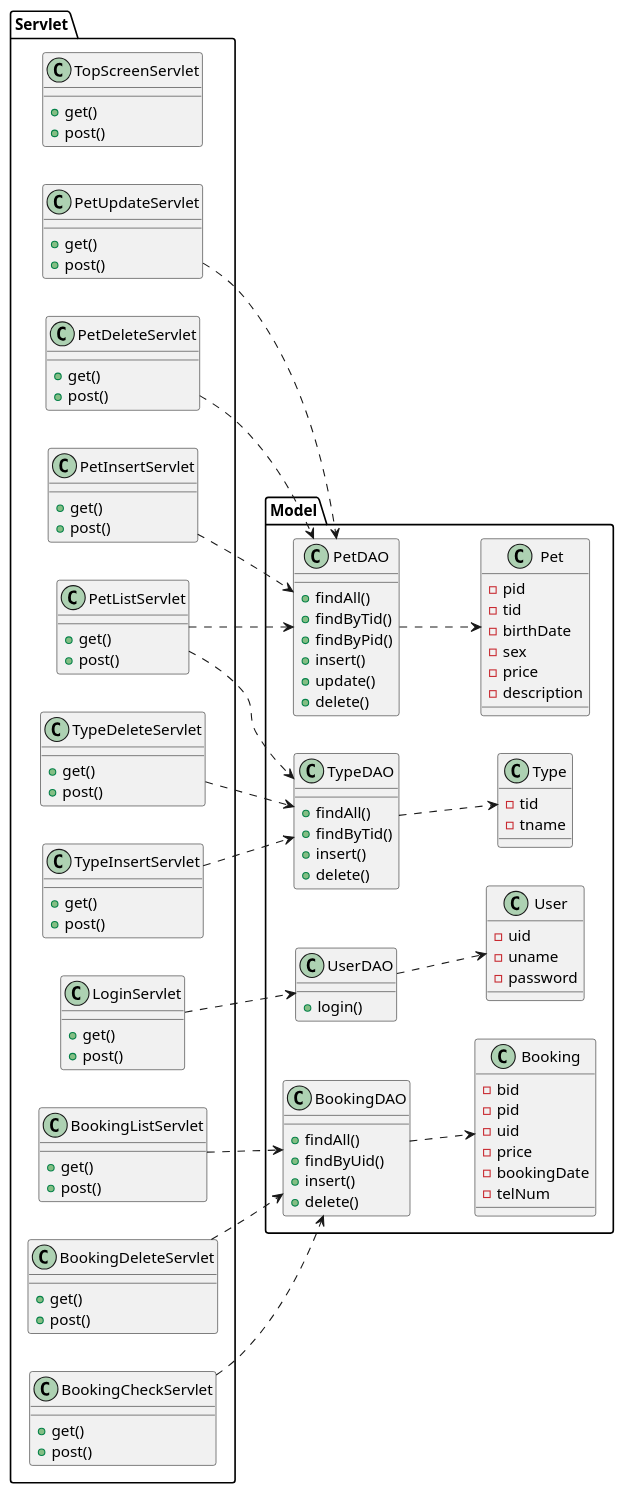
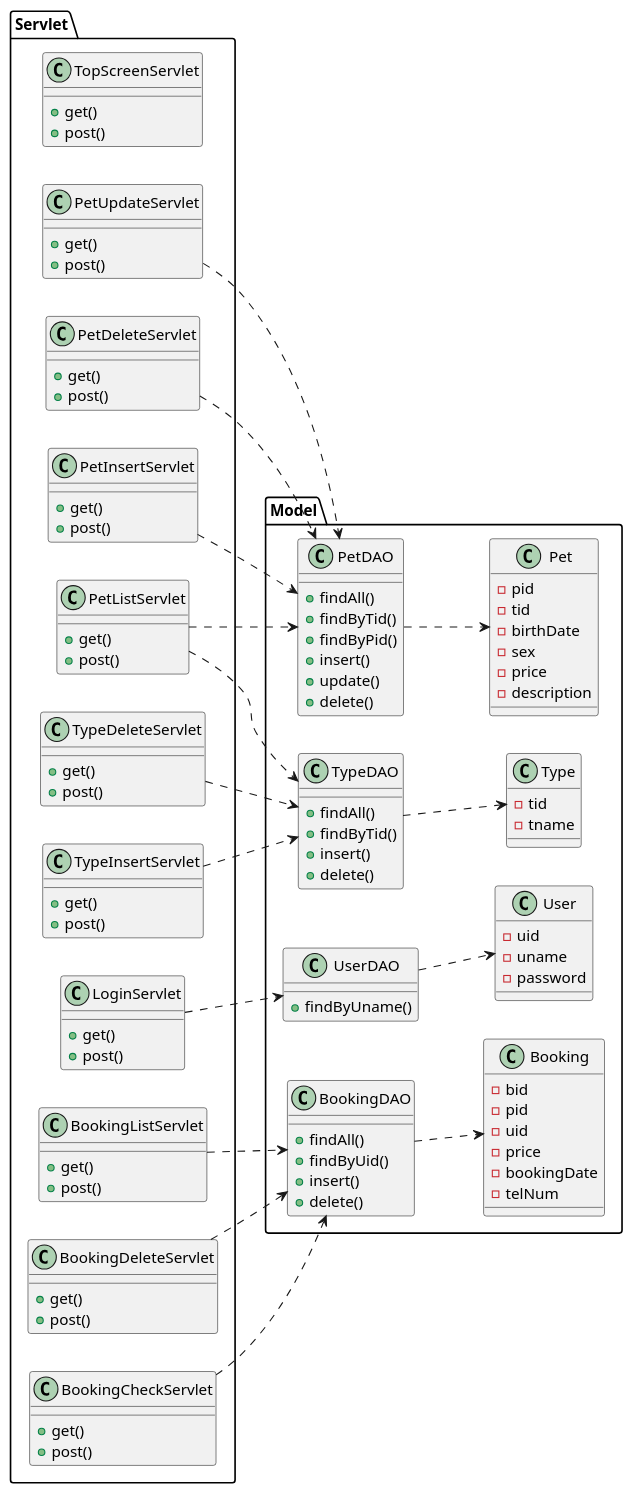
One commit to Tyamanaka07/WebSystem changed the diagram in detail.uml/class.pu. Above: the diagram before and after it, drawn with PlantUML. The commit also changed 1 other file, not shown here.

Commit message:
クラス図のUserDAO、UserDBを変更

```diff
--- a/detail.uml/class.pu
+++ b/detail.uml/class.pu
@@ -1,137 +1,137 @@
 @startuml
 left to right direction
 
 package Model{
 	class Pet{
 		-pid
 		-tid
 		-birthDate
 		-sex
 		-price
 		-description
 	}
 
 	class Type{
 		-tid
 		-tname
 	}
 
 	class User{
 		-uid
 		-uname
 		-password
 	}
 
 	class Booking{
 		-bid
 		-pid
 		-uid
 		-price
 		-bookingDate
 		-telNum
 	}
 
 	class PetDAO{
 		+findAll()
 		+findByTid()
 		+findByPid()
 		+insert()
 		+update()
 		+delete()
 	}
 
 	class TypeDAO{
 		+findAll()
 		+findByTid()
 		+insert()
 		+delete()
 	}
 
 	class UserDAO{
-		+login()
+		+findByUname()
 	}
 
 
 	class BookingDAO{
 		+findAll()
 		+findByUid()
 		+insert()
 		+delete()
 	}
 }
 
 package Servlet{
 	class TopScreenServlet{
 		+get()
 		+post()
 	}
 
 	class PetListServlet{
 		+get()
 		+post()
 	}
 
 	class LoginServlet{
 		+get()
 		+post()
 	}
 
 	class PetInsertServlet{
 		+get()
 		+post()
 	}
 
 	class PetUpdateServlet{
 		+get()
 		+post()
 	}
 
 	class PetDeleteServlet{
 		+get()
 		+post()
 	}
 
 	class TypeInsertServlet{
 		+get()
 		+post()
 	}
 
 	class TypeDeleteServlet{
 		+get()
 		+post()
 	}
 
 	class BookingCheckServlet{
 		+get()
 		+post()
 	}
 
 	class BookingListServlet{
 		+get()
 		+post()
 	}
 
 	class BookingDeleteServlet{
 		+get()
 		+post()
 	}
 }
 
 
 PetListServlet..>TypeDAO
 TypeInsertServlet..>TypeDAO
 TypeDeleteServlet..>TypeDAO
 PetListServlet..>PetDAO
 PetInsertServlet..>PetDAO
 PetUpdateServlet..>PetDAO
 PetDeleteServlet..>PetDAO
 LoginServlet..>UserDAO
 BookingCheckServlet..>BookingDAO
 BookingListServlet..>BookingDAO
 BookingDeleteServlet..>BookingDAO
 
 BookingDAO..>Booking
 PetDAO..>Pet
 TypeDAO..>Type
 UserDAO..>User
 @enduml
```
